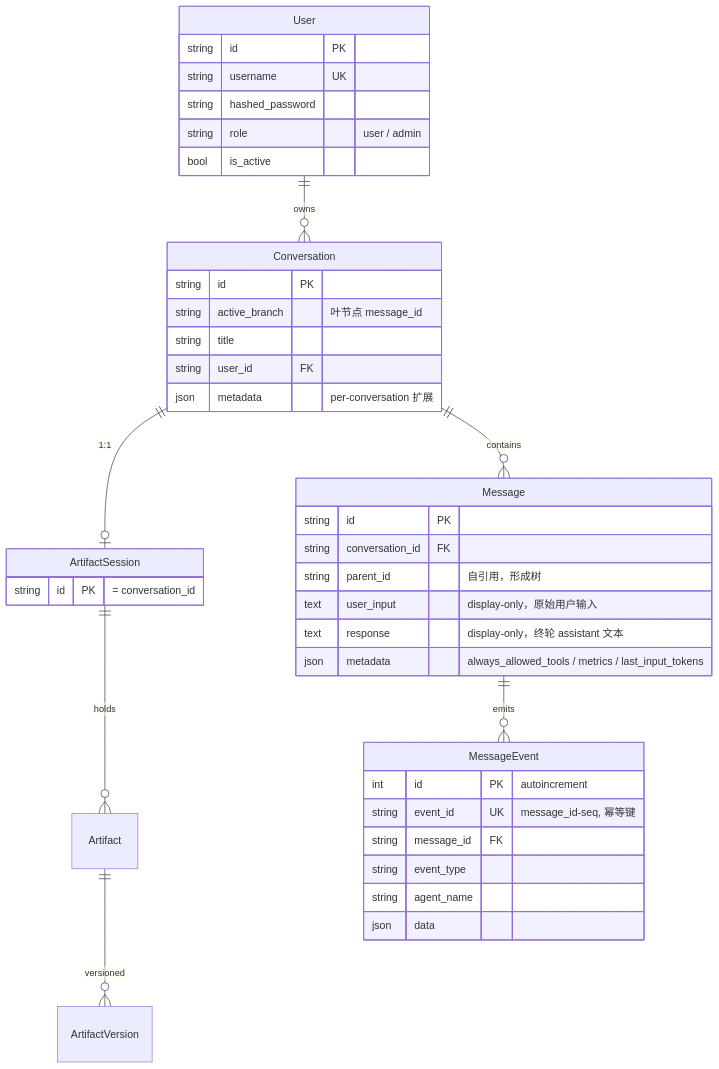
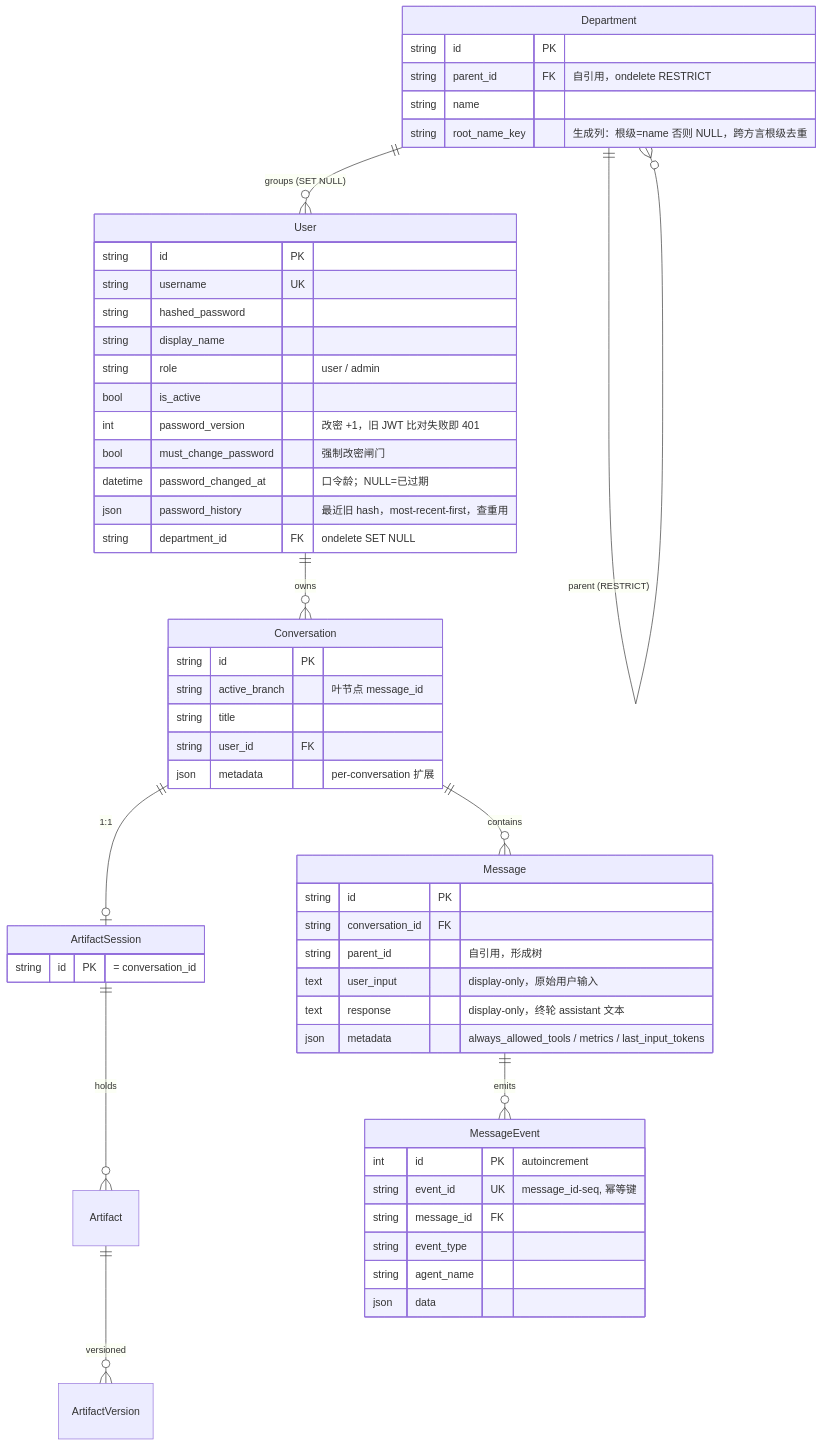
Before and after one commit to Neutrino1998/artifact-flow: the first of 2 diagrams in docs/architecture/data-layer.md, drawn with Mermaid. The commit also changed other lines of this file and 8 other files, not shown here.

````diff
--- a/docs/architecture/data-layer.md
+++ b/docs/architecture/data-layer.md
@@ -9,43 +9,57 @@
 ```mermaid
 erDiagram
+    Department ||--o{ Department : "parent (RESTRICT)"
+    Department ||--o{ User : "groups (SET NULL)"
     User ||--o{ Conversation : owns
     Conversation ||--o{ Message : contains
     Conversation ||--o| ArtifactSession : "1:1"
     ArtifactSession ||--o{ Artifact : holds
     Artifact ||--o{ ArtifactVersion : versioned
     Message ||--o{ MessageEvent : emits
 
     User {
         string id PK
         string username UK
         string hashed_password
+        string display_name
         string role "user / admin"
         bool is_active
+        int password_version "改密 +1，旧 JWT 比对失败即 401"
+        bool must_change_password "强制改密闸门"
+        datetime password_changed_at "口令龄；NULL=已过期"
+        json password_history "最近旧 hash，most-recent-first，查重用"
+        string department_id FK "ondelete SET NULL"
+    }
+    Department {
+        string id PK
+        string parent_id FK "自引用，ondelete RESTRICT"
+        string name
+        string root_name_key "生成列：根级=name 否则 NULL，跨方言根级去重"
     }
     Conversation {
         string id PK
         string active_branch "叶节点 message_id"
         string title
         string user_id FK
         json metadata "per-conversation 扩展"
     }
     Message {
         string id PK
         string conversation_id FK
         string parent_id "自引用，形成树"
         text user_input "display-only，原始用户输入"
         text response "display-only，终轮 assistant 文本"
         json metadata "always_allowed_tools / metrics / last_input_tokens"
     }
     ArtifactSession {
         string id PK "= conversation_id"
     }
     MessageEvent {
         int id PK "autoincrement"
         string event_id UK "message_id-seq, 幂等键"
         string message_id FK
         string event_type
         string agent_name
         json data
     }
 ```
````
